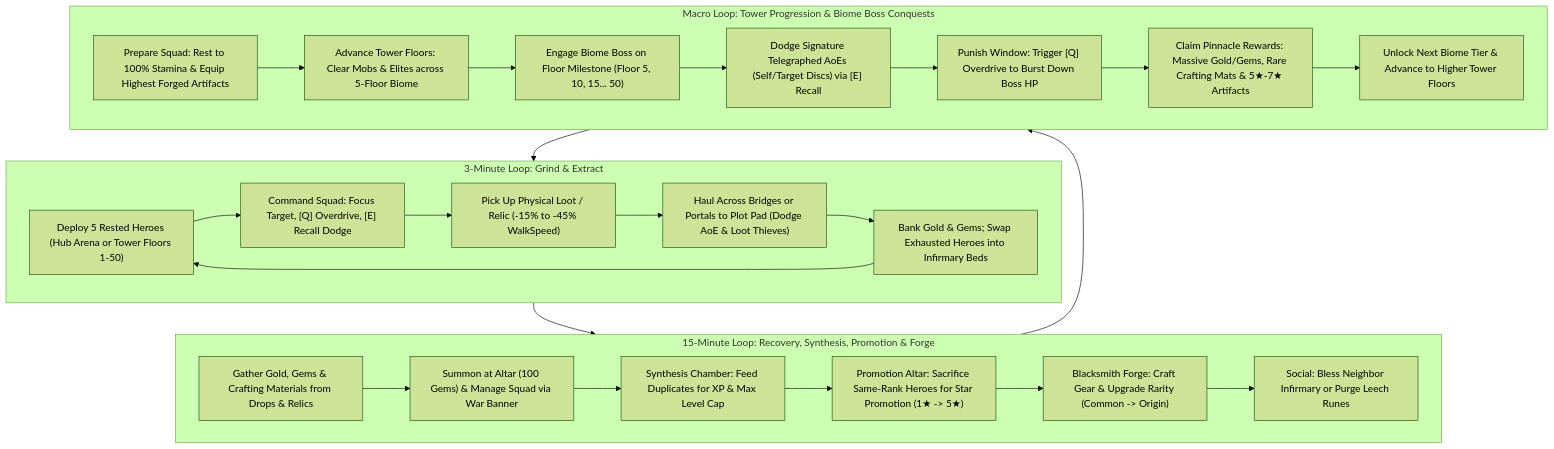
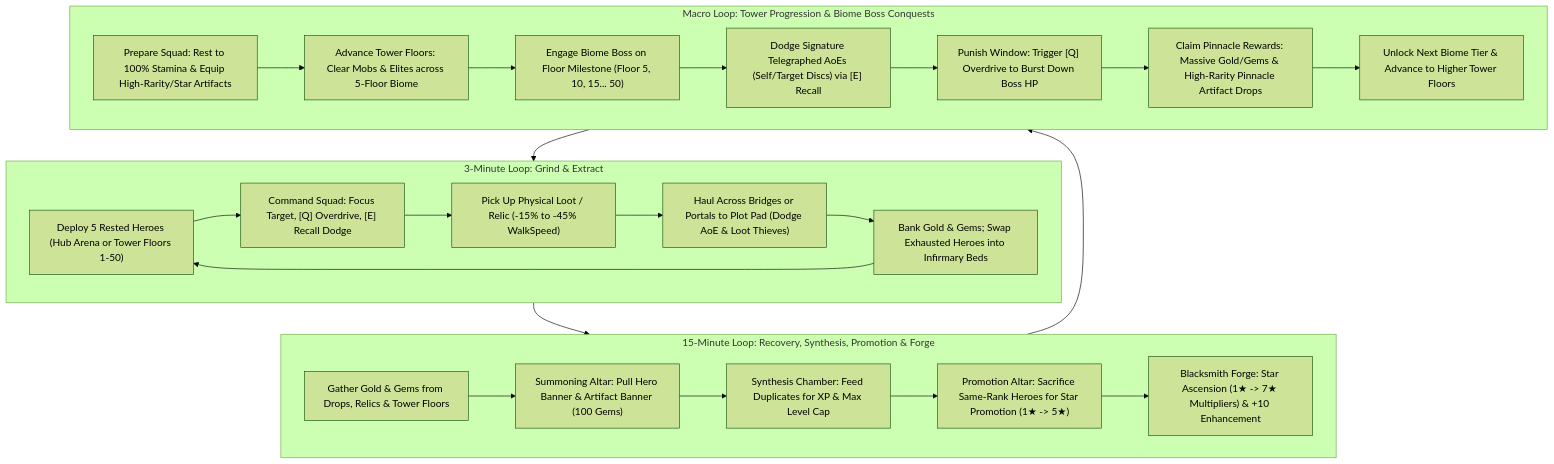
Before and after one commit to Zaimoo/infinite-tower: the diagram in GAME_DESIGN.MD, drawn with Mermaid (forest theme). The commit also changed other lines of this file, not shown here.

Commit message:
docs: overhaul artifact system to gacha banner, reverse rarity/star roles, and remove espionage

````diff
--- a/GAME_DESIGN.MD
+++ b/GAME_DESIGN.MD
@@ -46,31 +46,30 @@
 ```mermaid
 flowchart TD
     subgraph Micro["3-Minute Loop: Grind & Extract"]
         M1["Deploy 5 Rested Heroes (Hub Arena or Tower Floors 1-50)"] --> M2["Command Squad: Focus Target, [Q] Overdrive, [E] Recall Dodge"]
         M2 --> M3["Pick Up Physical Loot / Relic (-15% to -45% WalkSpeed)"]
         M3 --> M4["Haul Across Bridges or Portals to Plot Pad (Dodge AoE & Loot Thieves)"]
         M4 --> M5["Bank Gold & Gems; Swap Exhausted Heroes into Infirmary Beds"]
         M5 --> M1
     end
 
     subgraph Meso["15-Minute Loop: Recovery, Synthesis, Promotion & Forge"]
-        T1["Gather Gold, Gems & Crafting Materials from Drops & Relics"] --> T2["Summon at Altar (100 Gems) & Manage Squad via War Banner"]
+        T1["Gather Gold & Gems from Drops, Relics & Tower Floors"] --> T2["Summoning Altar: Pull Hero Banner & Artifact Banner (100 Gems)"]
         T2 --> T3["Synthesis Chamber: Feed Duplicates for XP & Max Level Cap"]
         T3 --> T4["Promotion Altar: Sacrifice Same-Rank Heroes for Star Promotion (1★ -> 5★)"]
-        T4 --> T5["Blacksmith Forge: Craft Gear & Upgrade Rarity (Common -> Origin)"]
-        T5 --> T6["Social: Bless Neighbor Infirmary or Purge Leech Runes"]
+        T4 --> T5["Blacksmith Forge: Star Ascension (1★ -> 7★ Multipliers) & +10 Enhancement"]
     end
 
     subgraph Macro["Macro Loop: Tower Progression & Biome Boss Conquests"]
-        B1["Prepare Squad: Rest to 100% Stamina & Equip Highest Forged Artifacts"] --> B2["Advance Tower Floors: Clear Mobs & Elites across 5-Floor Biome"]
+        B1["Prepare Squad: Rest to 100% Stamina & Equip High-Rarity/Star Artifacts"] --> B2["Advance Tower Floors: Clear Mobs & Elites across 5-Floor Biome"]
         B2 --> B3["Engage Biome Boss on Floor Milestone (Floor 5, 10, 15... 50)"]
         B3 --> B4["Dodge Signature Telegraphed AoEs (Self/Target Discs) via [E] Recall"]
         B4 --> B5["Punish Window: Trigger [Q] Overdrive to Burst Down Boss HP"]
-        B5 --> B6["Claim Pinnacle Rewards: Massive Gold/Gems, Rare Crafting Mats & 5★-7★ Artifacts"]
+        B5 --> B6["Claim Pinnacle Rewards: Massive Gold/Gems & High-Rarity Pinnacle Artifact Drops"]
         B6 --> B7["Unlock Next Biome Tier & Advance to Higher Tower Floors"]
     end
 
     Micro --> Meso
     Meso --> Macro
     Macro --> Micro
 ```
````
